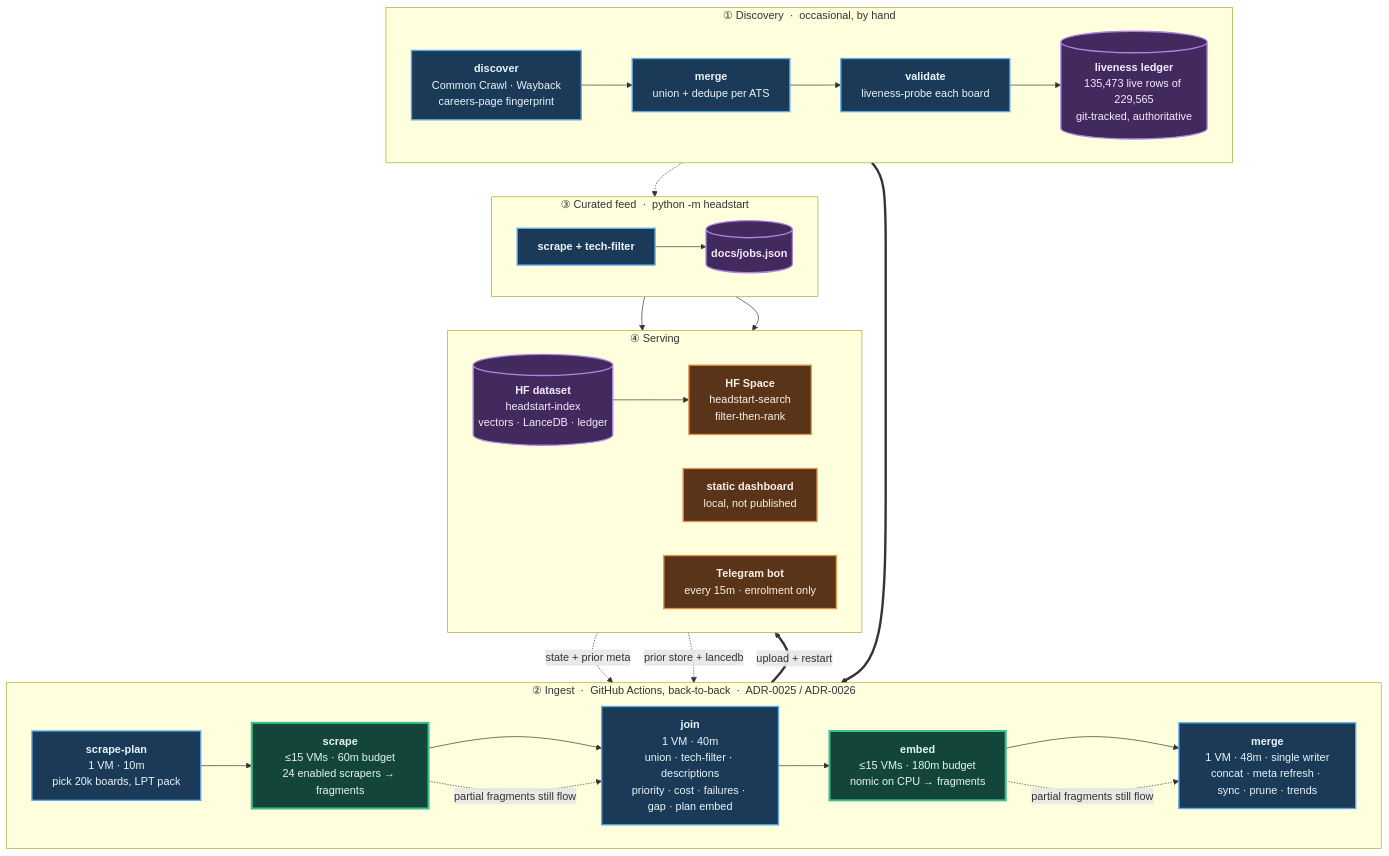
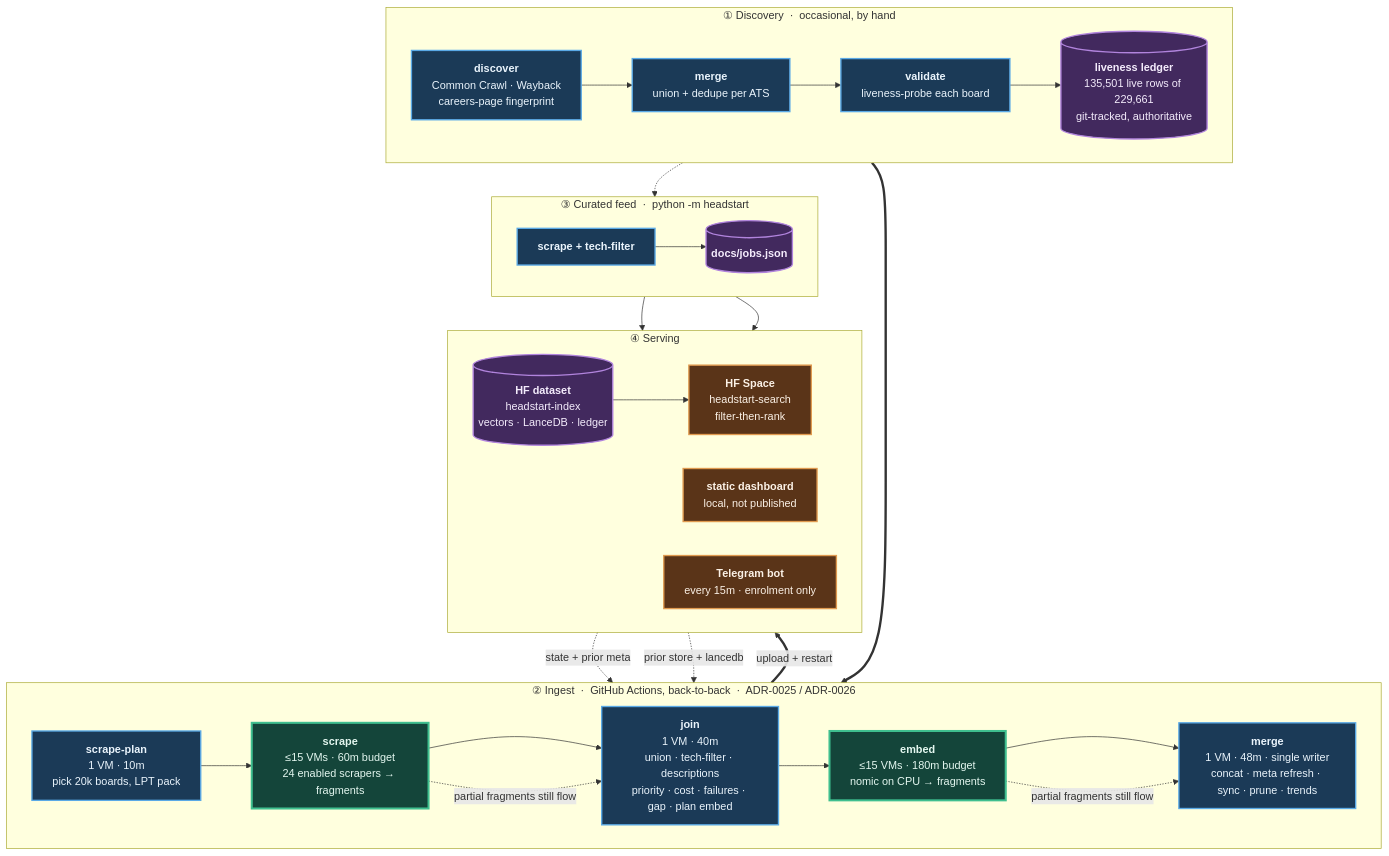
Before and after one commit to sarthakjain004/headstart: the diagram in README.md, drawn with Mermaid. The commit also changed other lines of this file and 10 other files, not shown here.

````diff
--- a/README.md
+++ b/README.md
@@ -84,56 +84,56 @@
 ```mermaid
 flowchart TB
     subgraph D["① Discovery &nbsp;·&nbsp; occasional, by hand"]
         direction LR
         D1["<b>discover</b><br/>Common Crawl · Wayback<br/>careers-page fingerprint"]
         D2["<b>merge</b><br/>union + dedupe per ATS"]
         D3["<b>validate</b><br/>liveness-probe each board"]
-        D4[("<b>liveness ledger</b><br/>135,473 live rows of 229,565<br/>git-tracked, authoritative")]
+        D4[("<b>liveness ledger</b><br/>135,501 live rows of 229,661<br/>git-tracked, authoritative")]
         D1 --> D2 --> D3 --> D4
     end
 
     subgraph P["② Ingest &nbsp;·&nbsp; GitHub Actions, back-to-back &nbsp;·&nbsp; ADR-0025 / ADR-0026"]
         direction LR
         P1["<b>scrape-plan</b><br/>1 VM · 10m<br/>pick 20k boards, LPT pack"]
         P2["<b>scrape</b><br/>≤15 VMs · 60m budget<br/>24 enabled scrapers → fragments"]
         P3["<b>join</b><br/>1 VM · 40m<br/>union · tech-filter · descriptions<br/>priority · cost · failures · gap · plan embed"]
         P4["<b>embed</b><br/>≤15 VMs · 180m budget<br/>nomic on CPU → fragments"]
         P5["<b>merge</b><br/>1 VM · 48m · single writer<br/>concat · meta refresh · sync · prune · trends"]
         P1 --> P2 --> P3 --> P4 --> P5
     end
 
     subgraph F["③ Curated feed &nbsp;·&nbsp; python -m headstart"]
         direction LR
         F1["<b>scrape + tech-filter</b>"]
         F2[("<b>docs/jobs.json</b>")]
         F1 --> F2
     end
 
     subgraph S["④ Serving"]
         direction LR
         S1[("<b>HF dataset</b><br/>headstart-index<br/>vectors · LanceDB · ledger")]
         S2["<b>HF Space</b><br/>headstart-search<br/>filter-then-rank"]
         S3["<b>static dashboard</b><br/>local, not published"]
         S4["<b>Telegram bot</b><br/>every 15m · enrolment only"]
         S1 --> S2
     end
 
     D4 ==> P1
     S1 -. "state + prior meta" .-> P1
     S1 -. "prior store + lancedb" .-> P5
     D4 -.-> F1
     P5 ==>|"upload + restart"| S1
     F2 --> S3
     F2 --> S4
     P2 -. "partial fragments still flow" .-> P3
     P4 -. "partial fragments still flow" .-> P5
 
     classDef serial fill:#1b3a57,stroke:#5aa9e6,stroke-width:2px,color:#eaf4fc
     classDef fan fill:#14453a,stroke:#3fbf8f,stroke-width:3px,color:#e4f7f0
     classDef store fill:#42295e,stroke:#b184dd,stroke-width:2px,color:#f4ecfc
     classDef serve fill:#5a3418,stroke:#e09a4f,stroke-width:2px,color:#fbf1e6
     class D1,D2,D3,P1,P3,P5,F1 serial
     class P2,P4 fan
     class D4,F2,S1 store
     class S2,S3,S4 serve
 ```
````
